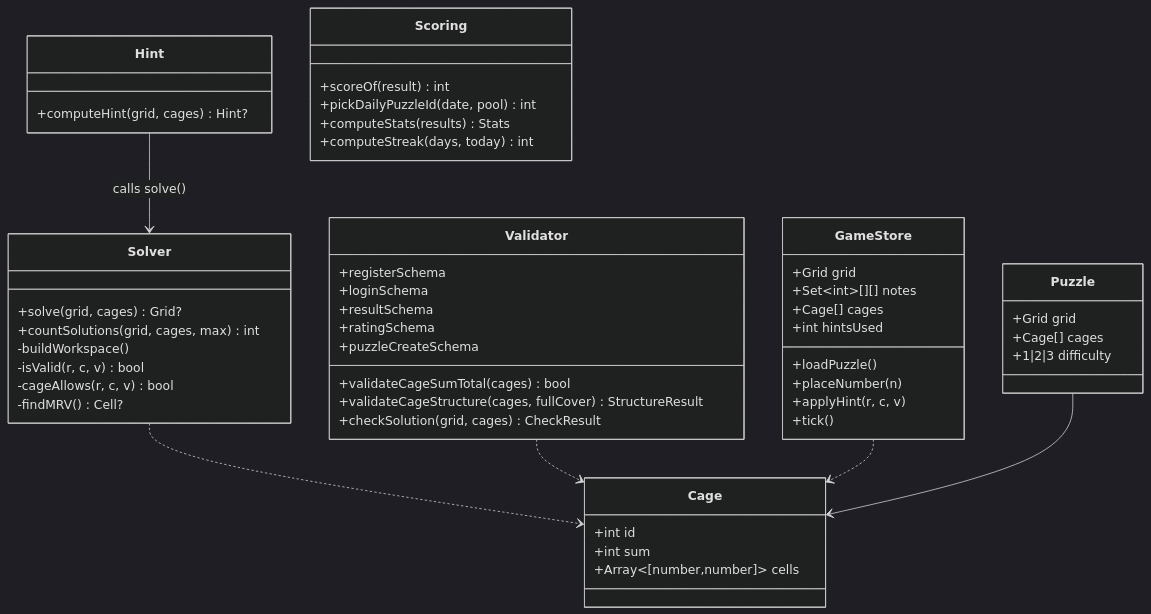
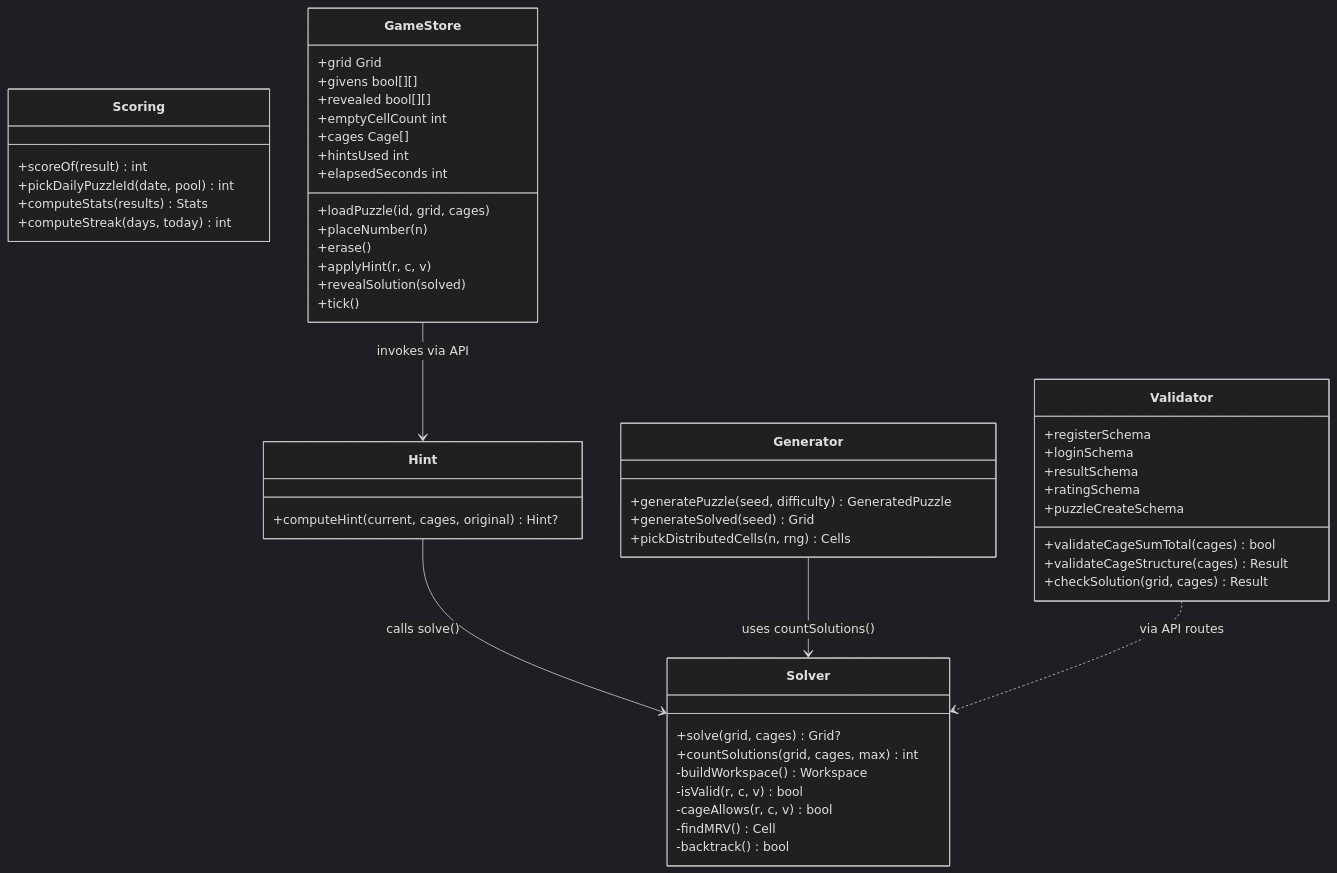
One commit to KorelUyar/killer-sudoku changed the second of 3 diagrams in docs/DOCUMENTATION.md. Above: the diagram before and after it, drawn with Mermaid (dark theme). The commit also changed other lines of this file and 22 other files, not shown here.

First line of the commit message:
docs: final DOCUMENTATION.pdf with mockups, mermaid diagrams, full test protocol

````diff
--- a/docs/DOCUMENTATION.md
+++ b/docs/DOCUMENTATION.md
@@ -104,55 +244,55 @@
-```mermaid
+<div class="mermaid">
 classDiagram
-    class Cage {
-      +int id
-      +int sum
-      +Array~[number,number]~ cells
-    }
-    class Puzzle {
-      +Grid grid
-      +Cage[] cages
-      +1|2|3 difficulty
-    }
     class Solver {
-      +solve(grid, cages) Grid?
-      +countSolutions(grid, cages, max) int
-      -buildWorkspace()
-      -isValid(r, c, v) bool
-      -cageAllows(r, c, v) bool
-      -findMRV() Cell?
+        +solve(grid, cages) Grid?
+        +countSolutions(grid, cages, max) int
+        -buildWorkspace() Workspace
+        -isValid(r, c, v) bool
+        -cageAllows(r, c, v) bool
+        -findMRV() Cell
+        -backtrack() bool
     }
     class Validator {
-      +registerSchema
-      +loginSchema
-      +resultSchema
-      +ratingSchema
-      +puzzleCreateSchema
-      +validateCageSumTotal(cages) bool
-      +validateCageStructure(cages, fullCover) StructureResult
-      +checkSolution(grid, cages) CheckResult
+        +registerSchema
+        +loginSchema
+        +resultSchema
+        +ratingSchema
+        +puzzleCreateSchema
+        +validateCageSumTotal(cages) bool
+        +validateCageStructure(cages) Result
+        +checkSolution(grid, cages) Result
     }
     class Hint {
-      +computeHint(grid, cages) Hint?
+        +computeHint(current, cages, original) Hint?
+    }
+    class Generator {
+        +generatePuzzle(seed, difficulty) GeneratedPuzzle
+        +generateSolved(seed) Grid
+        +pickDistributedCells(n, rng) Cells
     }
     class Scoring {
-      +scoreOf(result) int
-      +pickDailyPuzzleId(date, pool) int
-      +computeStats(results) Stats
-      +computeStreak(days, today) int
+        +scoreOf(result) int
+        +pickDailyPuzzleId(date, pool) int
+        +computeStats(results) Stats
+        +computeStreak(days, today) int
     }
     class GameStore {
-      +Grid grid
-      +Set~int~[][] notes
-      +Cage[] cages
-      +int hintsUsed
-      +loadPuzzle()
-      +placeNumber(n)
-      +applyHint(r, c, v)
-      +tick()
+        +grid Grid
+        +givens bool[][]
+        +revealed bool[][]
+        +emptyCellCount int
+        +cages Cage[]
+        +hintsUsed int
+        +elapsedSeconds int
+        +loadPuzzle(id, grid, cages)
+        +placeNumber(n)
+        +erase()
+        +applyHint(r, c, v)
+        +revealSolution(solved)
+        +tick()
     }
     Hint --> Solver : calls solve()
-    Solver ..> Cage
-    Validator ..> Cage
-    GameStore ..> Cage
-    Puzzle --> Cage
-```
+    Generator --> Solver : uses countSolutions()
+    Validator ..> Solver : via API routes
+    GameStore --> Hint : invokes via API
+</div>
````
